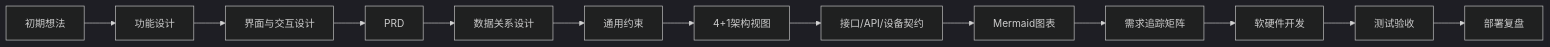
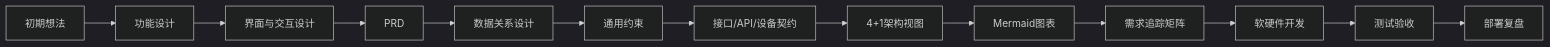
The diagram in docs/02-工程规格层.md (SvtStarfire-Hit/inspire-spec), drawn with Mermaid (dark theme) before and after one commit. The commit also changed other lines of this file and 6 other files, not shown here.

````diff
--- a/docs/02-工程规格层.md
+++ b/docs/02-工程规格层.md
@@ -9,15 +9,15 @@
 ```mermaid
 flowchart LR
     Idea[初期想法] --> Feature[功能设计]
     Feature --> UI[界面与交互设计]
     UI --> PRD[PRD]
     PRD --> Data[数据关系设计]
     Data --> Rules[通用约束]
-    Rules --> Arch[4+1架构视图]
-    Arch --> Contract[接口/API/设备契约]
-    Contract --> Diagram[Mermaid图表]
+    Rules --> Contract[接口/API/设备契约]
+    Contract --> Arch[4+1架构视图]
+    Arch --> Diagram[Mermaid图表]
     Diagram --> RTM[需求追踪矩阵]
     RTM --> Dev[软硬件开发]
     Dev --> Test[测试验收]
     Test --> Release[部署复盘]
 ```
````
